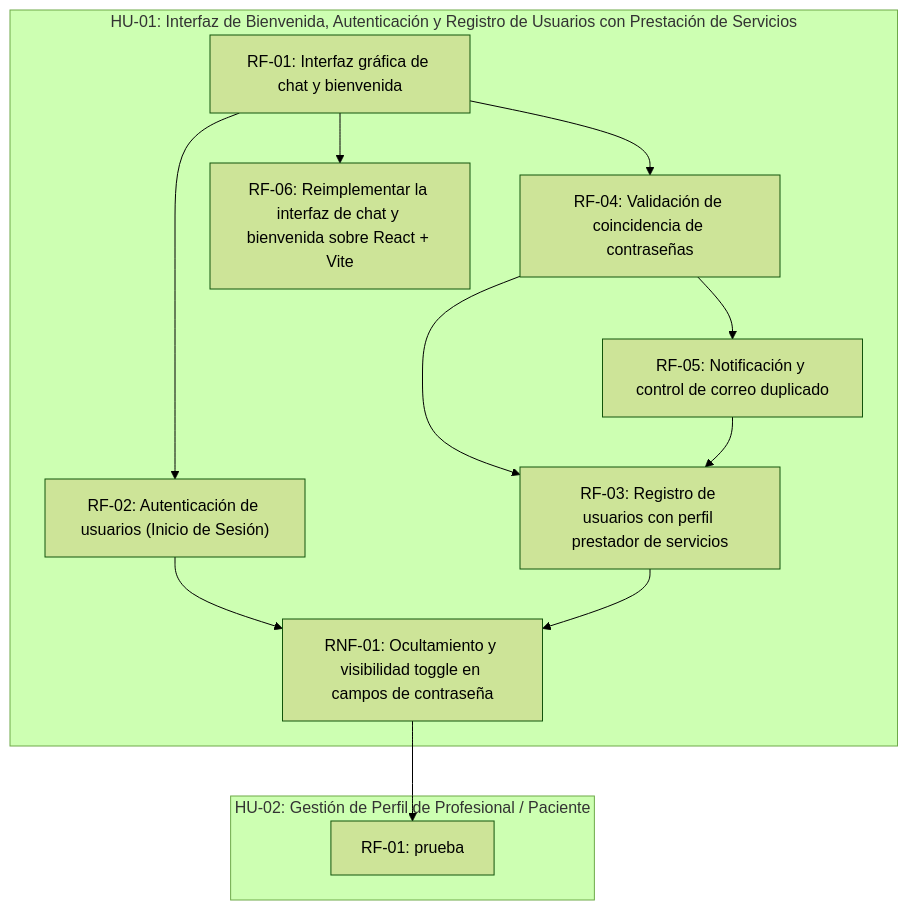
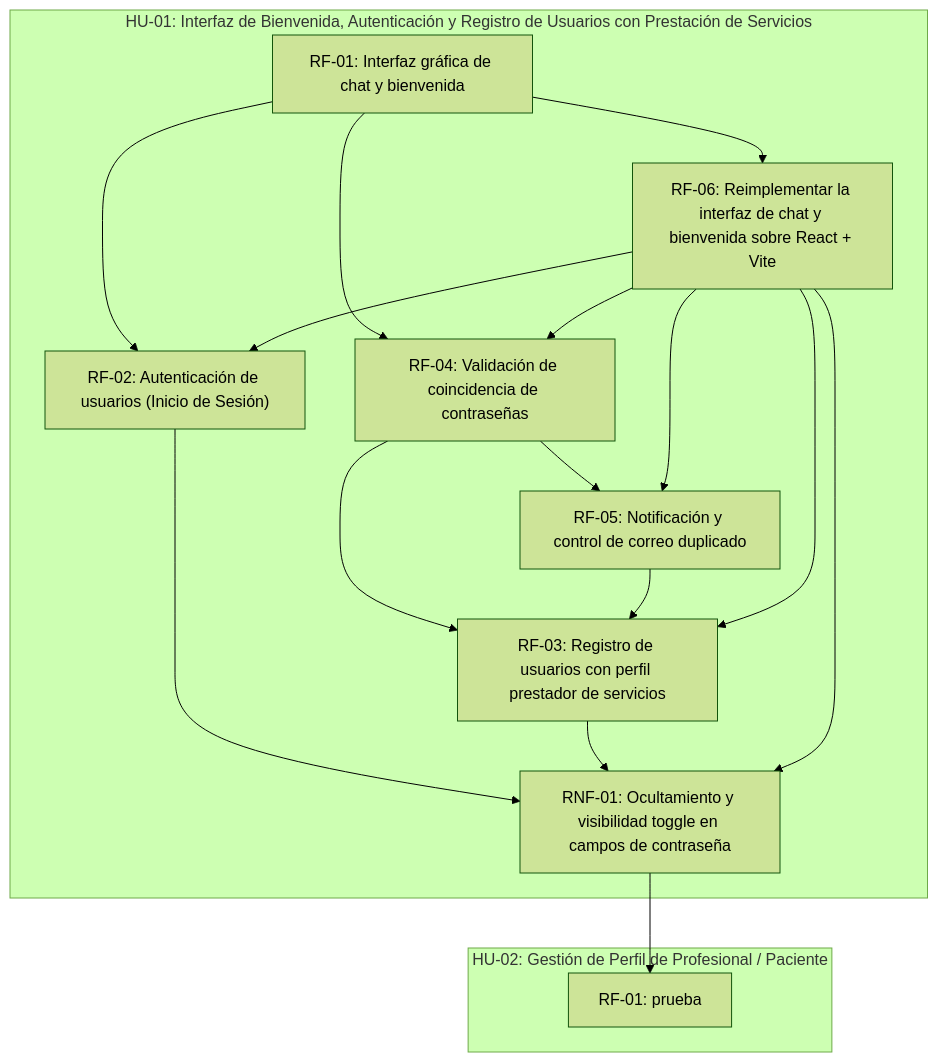
Before and after one commit to fiemcasals/refactoryProfesionales: the diagram in scrumDocs/grafo.md, drawn with Mermaid (forest theme). The commit also changed other lines of this file, not shown here.

Commit message:
Auto-publish: actualiza scrumDocs/grafo.md

````diff
--- a/scrumDocs/grafo.md
+++ b/scrumDocs/grafo.md
@@ -5,24 +5,29 @@
 ```mermaid
 graph TD
   subgraph US_1785510643692["HU-01: Interfaz de Bienvenida, Autenticación y Registro de Usuarios con Prestación de Servicios"]
     REQ_1785771199977["RF-01: Interfaz gráfica de chat y bienvenida"]
     REQ_1785771214294["RF-02: Autenticación de usuarios (Inicio de Sesión)"]
     REQ_1785771214393["RF-03: Registro de usuarios con perfil prestador de servicios"]
     REQ_1785771214462["RF-04: Validación de coincidencia de contraseñas"]
     REQ_1785771214528["RF-05: Notificación y control de correo duplicado"]
     REQ_1785771214595["RNF-01: Ocultamiento y visibilidad toggle en campos de contraseña"]
     REQ_1790685849827["RF-06: Reimplementar la interfaz de chat y bienvenida sobre React + Vite"]
   end
   subgraph US_1785769796519["HU-02: Gestión de Perfil de Profesional / Paciente"]
     REQ_1786726707284["RF-01: prueba"]
   end
   REQ_1785771199977 --> REQ_1785771214294
+  REQ_1790685849827 --> REQ_1785771214294
   REQ_1785771214462 --> REQ_1785771214393
   REQ_1785771214528 --> REQ_1785771214393
+  REQ_1790685849827 --> REQ_1785771214393
   REQ_1785771199977 --> REQ_1785771214462
+  REQ_1790685849827 --> REQ_1785771214462
   REQ_1785771214462 --> REQ_1785771214528
+  REQ_1790685849827 --> REQ_1785771214528
   REQ_1785771214294 --> REQ_1785771214595
   REQ_1785771214393 --> REQ_1785771214595
+  REQ_1790685849827 --> REQ_1785771214595
   REQ_1785771199977 --> REQ_1790685849827
   REQ_1785771214595 --> REQ_1786726707284
 ```
````
